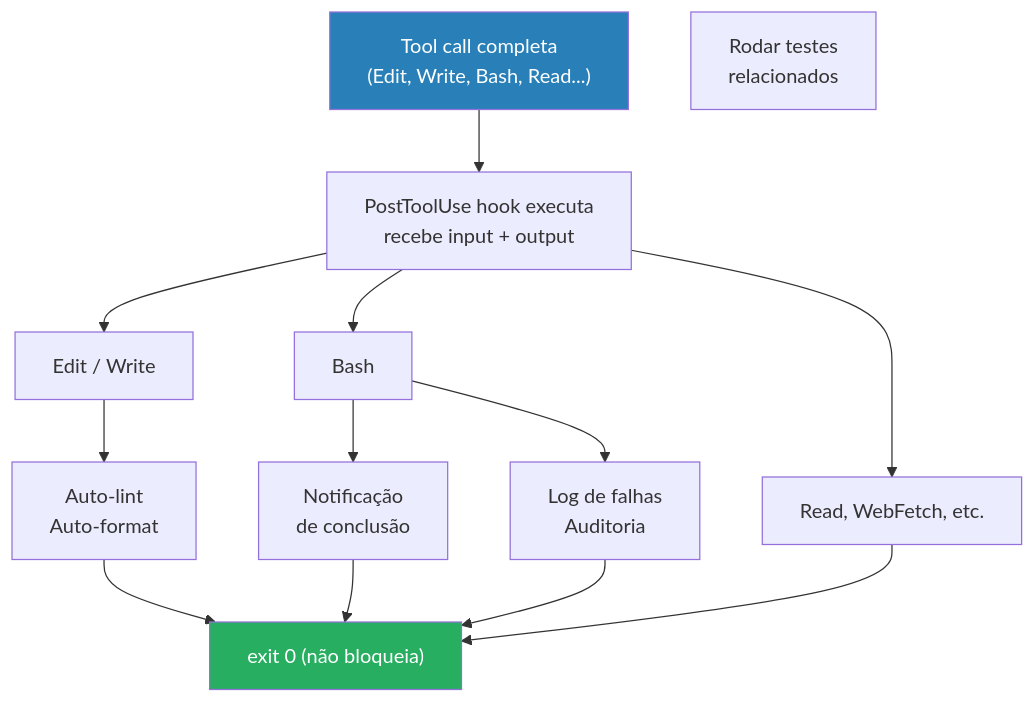
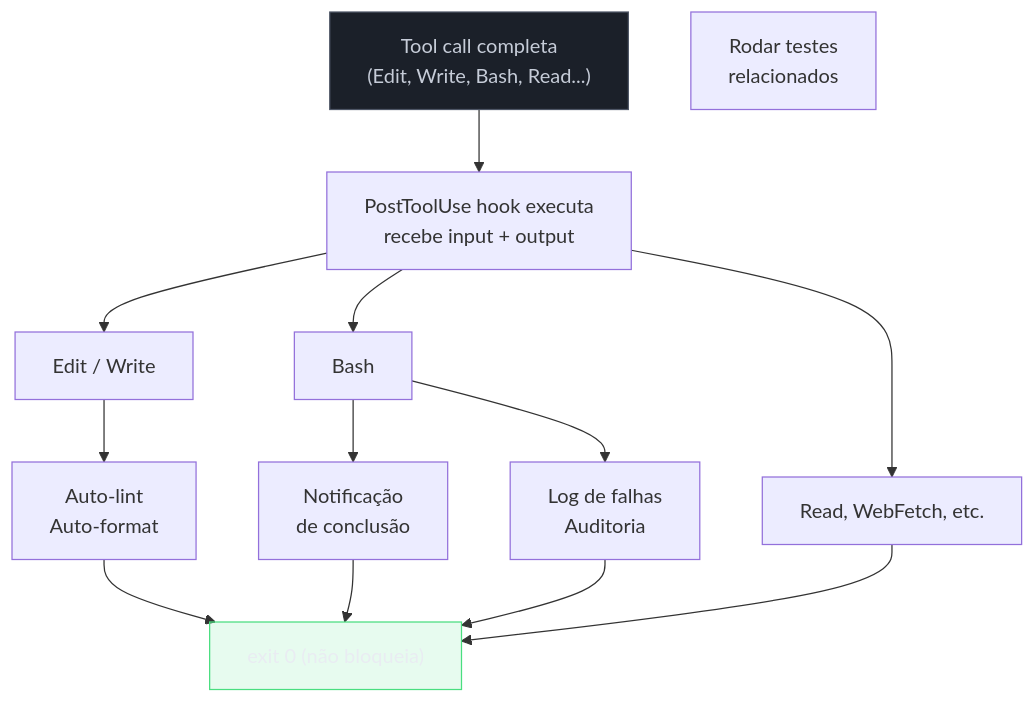
The second of 2 diagrams in 03-Dominios/Tecnologia/IA/Claude Code/Hooks e Guardrails/03 - PostToolUse.md (josenaldo/codex-technomanticus), drawn with Mermaid before and after one commit. The commit also changed 1181 other files, not shown here.

First line of the commit message:
fix(diagramas): paleta do sistema no lugar de cor cravada no markdown

````diff
--- a/03-Dominios/Tecnologia/IA/Claude Code/Hooks e Guardrails/03 - PostToolUse.md
+++ b/03-Dominios/Tecnologia/IA/Claude Code/Hooks e Guardrails/03 - PostToolUse.md
@@ -416,23 +416,25 @@
 ```mermaid
 flowchart TD
+    classDef neutro fill:#1B2029,stroke:#4E5666,color:#C6CCD8
+    classDef ok fill:#4ADE8021,stroke:#4ADE80,color:#E9ECF2
     Tool["Tool call completa\n(Edit, Write, Bash, Read...)"]
     Hook["PostToolUse hook executa\nrecebe input + output"]
 
     Edit["Edit / Write"]
     Bash["Bash"]
     Other["Read, WebFetch, etc."]
 
     Lint["Auto-lint\nAuto-format"]
     Test["Rodar testes\nrelacionados"]
     Notify["Notificação\nde conclusão"]
     Log["Log de falhas\nAuditoria"]
     Exit["exit 0 (não bloqueia)"]
 
     Tool --> Hook
     Hook --> Edit --> Lint --> Exit
     Hook --> Bash --> Notify & Log --> Exit
     Hook --> Other --> Exit
 
-    style Tool fill:#2980b9,color:#fff
-    style Exit fill:#27ae60,color:#fff
+    class Tool neutro
+    class Exit ok
 ```
````
